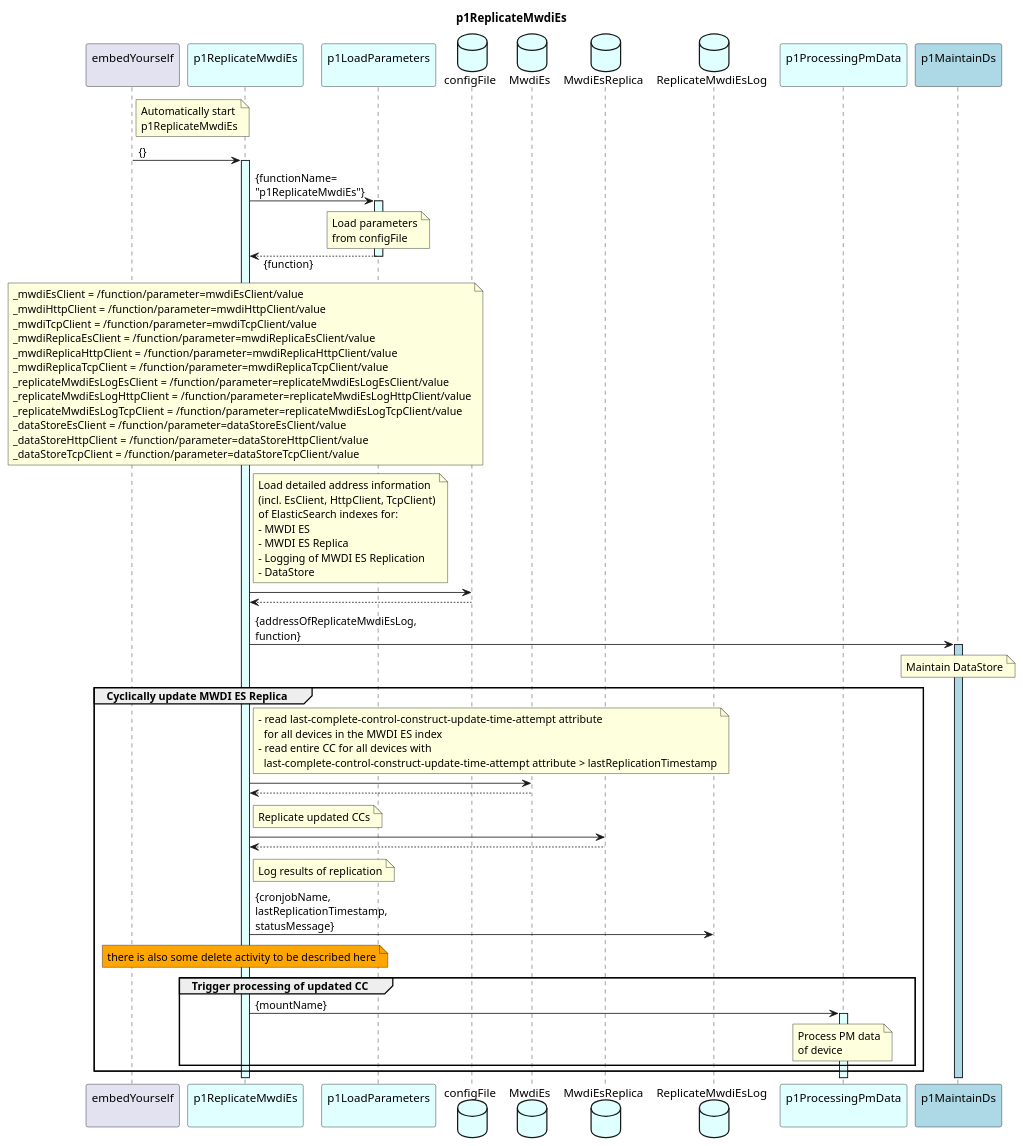
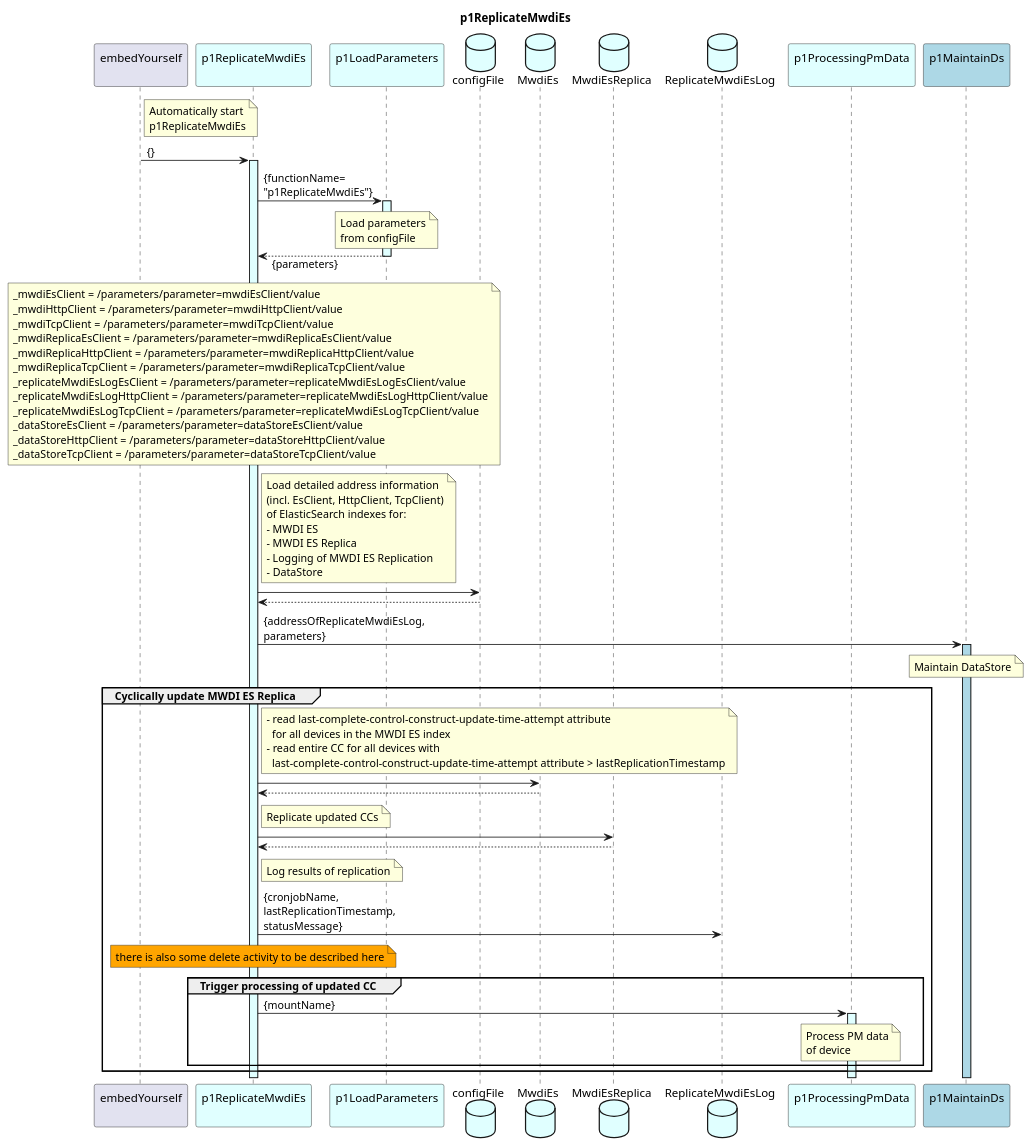
One commit to openBackhaul/DevicePerformanceManagementDataProcessor changed the diagram in spec/Functions/specificFunctions/p1ReplicateMwdiEs/p1ReplicateMwdiEs.plantuml. Above: the diagram before and after it, drawn with PlantUML. The commit also changed 16 other files, not shown here.

```diff
--- a/spec/Functions/specificFunctions/p1ReplicateMwdiEs/p1ReplicateMwdiEs.plantuml
+++ b/spec/Functions/specificFunctions/p1ReplicateMwdiEs/p1ReplicateMwdiEs.plantuml
@@ -1,109 +1,109 @@
 @startuml p1ReplicateMwdiEs
 skinparam responseMessageBelowArrow true
 
 title
   p1ReplicateMwdiEs
 end title
 
 participant "embedYourself\n" as embed
 participant "p1ReplicateMwdiEs\n" as p1RMWDI #LightCyan
 participant "p1LoadParameters\n" as p1LP #LightCyan
 database "configFile" as configFile #LightCyan
 
 database "MwdiEs" as mwdiEs #LightCyan
 database "MwdiEsReplica" as mwdiEsReplica #LightCyan
 database "ReplicateMwdiEsLog" as log #LightCyan
 
 participant "p1ProcessingPmData\n" as p1ProOrch #LightCyan
 participant "p1MaintainDs\n" as p1MDS #LightBlue
 
 note right embed
   Automatically start
   p1ReplicateMwdiEs
 end note
 embed -> p1RMWDI : {}
 activate p1RMWDI #LightCyan
 
   p1RMWDI -> p1LP : {functionName=\n"p1ReplicateMwdiEs"}
   activate p1LP #LightCyan
     note over p1LP
       Load parameters
       from configFile
     end note
-  p1RMWDI <-- p1LP : {function}
+  p1RMWDI <-- p1LP : {parameters}
   deactivate p1LP
 
   note over p1RMWDI
-    _mwdiEsClient = /function/parameter=mwdiEsClient/value
-    _mwdiHttpClient = /function/parameter=mwdiHttpClient/value
-    _mwdiTcpClient = /function/parameter=mwdiTcpClient/value
-    _mwdiReplicaEsClient = /function/parameter=mwdiReplicaEsClient/value
-    _mwdiReplicaHttpClient = /function/parameter=mwdiReplicaHttpClient/value
-    _mwdiReplicaTcpClient = /function/parameter=mwdiReplicaTcpClient/value
-    _replicateMwdiEsLogEsClient = /function/parameter=replicateMwdiEsLogEsClient/value
-    _replicateMwdiEsLogHttpClient = /function/parameter=replicateMwdiEsLogHttpClient/value
-    _replicateMwdiEsLogTcpClient = /function/parameter=replicateMwdiEsLogTcpClient/value
-    _dataStoreEsClient = /function/parameter=dataStoreEsClient/value
-    _dataStoreHttpClient = /function/parameter=dataStoreHttpClient/value
-    _dataStoreTcpClient = /function/parameter=dataStoreTcpClient/value
+    _mwdiEsClient = /parameters/parameter=mwdiEsClient/value
+    _mwdiHttpClient = /parameters/parameter=mwdiHttpClient/value
+    _mwdiTcpClient = /parameters/parameter=mwdiTcpClient/value
+    _mwdiReplicaEsClient = /parameters/parameter=mwdiReplicaEsClient/value
+    _mwdiReplicaHttpClient = /parameters/parameter=mwdiReplicaHttpClient/value
+    _mwdiReplicaTcpClient = /parameters/parameter=mwdiReplicaTcpClient/value
+    _replicateMwdiEsLogEsClient = /parameters/parameter=replicateMwdiEsLogEsClient/value
+    _replicateMwdiEsLogHttpClient = /parameters/parameter=replicateMwdiEsLogHttpClient/value
+    _replicateMwdiEsLogTcpClient = /parameters/parameter=replicateMwdiEsLogTcpClient/value
+    _dataStoreEsClient = /parameters/parameter=dataStoreEsClient/value
+    _dataStoreHttpClient = /parameters/parameter=dataStoreHttpClient/value
+    _dataStoreTcpClient = /parameters/parameter=dataStoreTcpClient/value
   end note
 
   note right p1RMWDI
     Load detailed address information 
     (incl. EsClient, HttpClient, TcpClient)
     of ElasticSearch indexes for:
     - MWDI ES
     - MWDI ES Replica
     - Logging of MWDI ES Replication
     - DataStore
   end note
   p1RMWDI -> configFile
   p1RMWDI <-- configFile
 
-  p1RMWDI -> p1MDS : {addressOfReplicateMwdiEsLog,\nfunction}
+  p1RMWDI -> p1MDS : {addressOfReplicateMwdiEsLog,\nparameters}
   activate p1MDS #LightBlue
     note over p1MDS
       Maintain DataStore
     end note
 
   group Cyclically update MWDI ES Replica
 
     note right p1RMWDI
       - read last-complete-control-construct-update-time-attempt attribute
         for all devices in the MWDI ES index
       - read entire CC for all devices with
         last-complete-control-construct-update-time-attempt attribute > lastReplicationTimestamp
     end note
     p1RMWDI -> mwdiEs
     p1RMWDI <-- mwdiEs
 
     note right p1RMWDI
       Replicate updated CCs
     end note
     p1RMWDI -> mwdiEsReplica
     p1RMWDI <-- mwdiEsReplica
 
     note right p1RMWDI
       Log results of replication
     end note
     p1RMWDI -> log : {cronjobName,\nlastReplicationTimestamp,\nstatusMessage}
 
 
     note over p1RMWDI #Orange
       there is also some delete activity to be described here
     end note
 
 
 
     group Trigger processing of updated CC
       p1RMWDI -> p1ProOrch : {mountName}
       activate p1ProOrch #LightCyan
         note over p1ProOrch
           Process PM data
           of device
         end note
     end
 
   end
 
 @enduml
```
